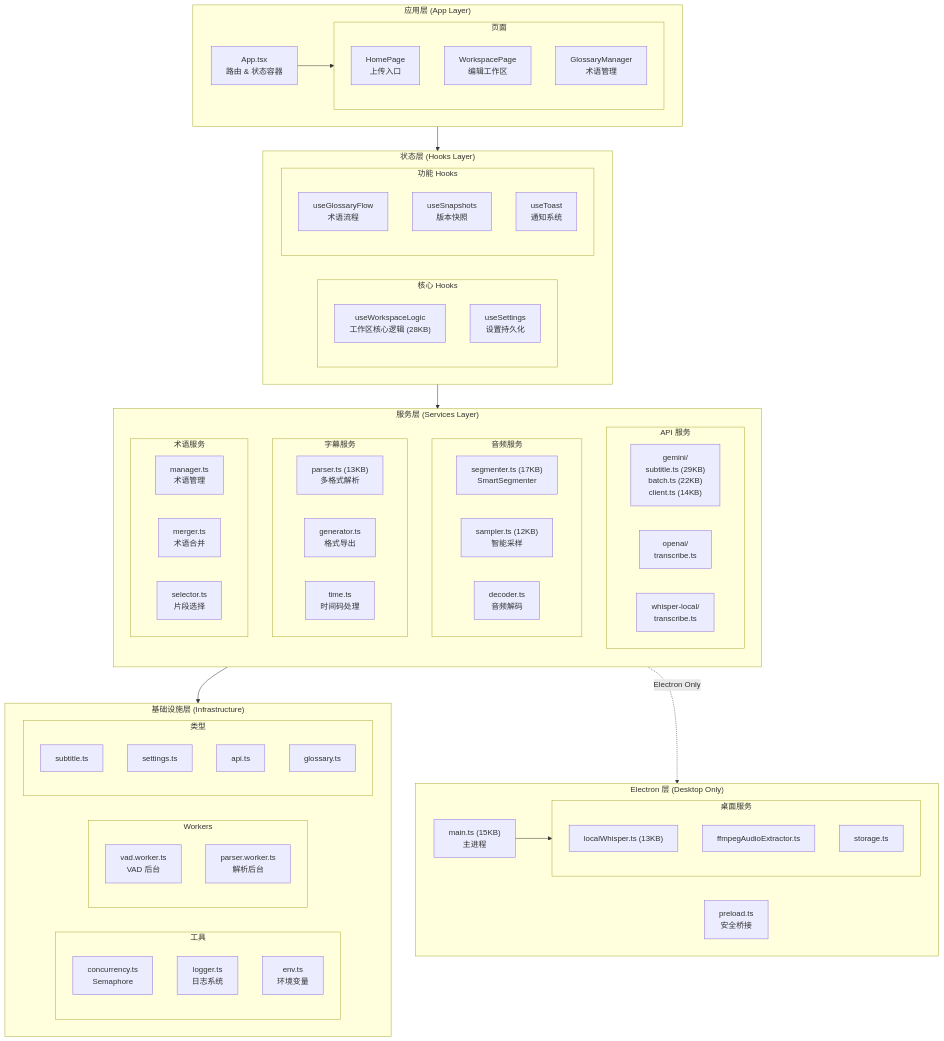
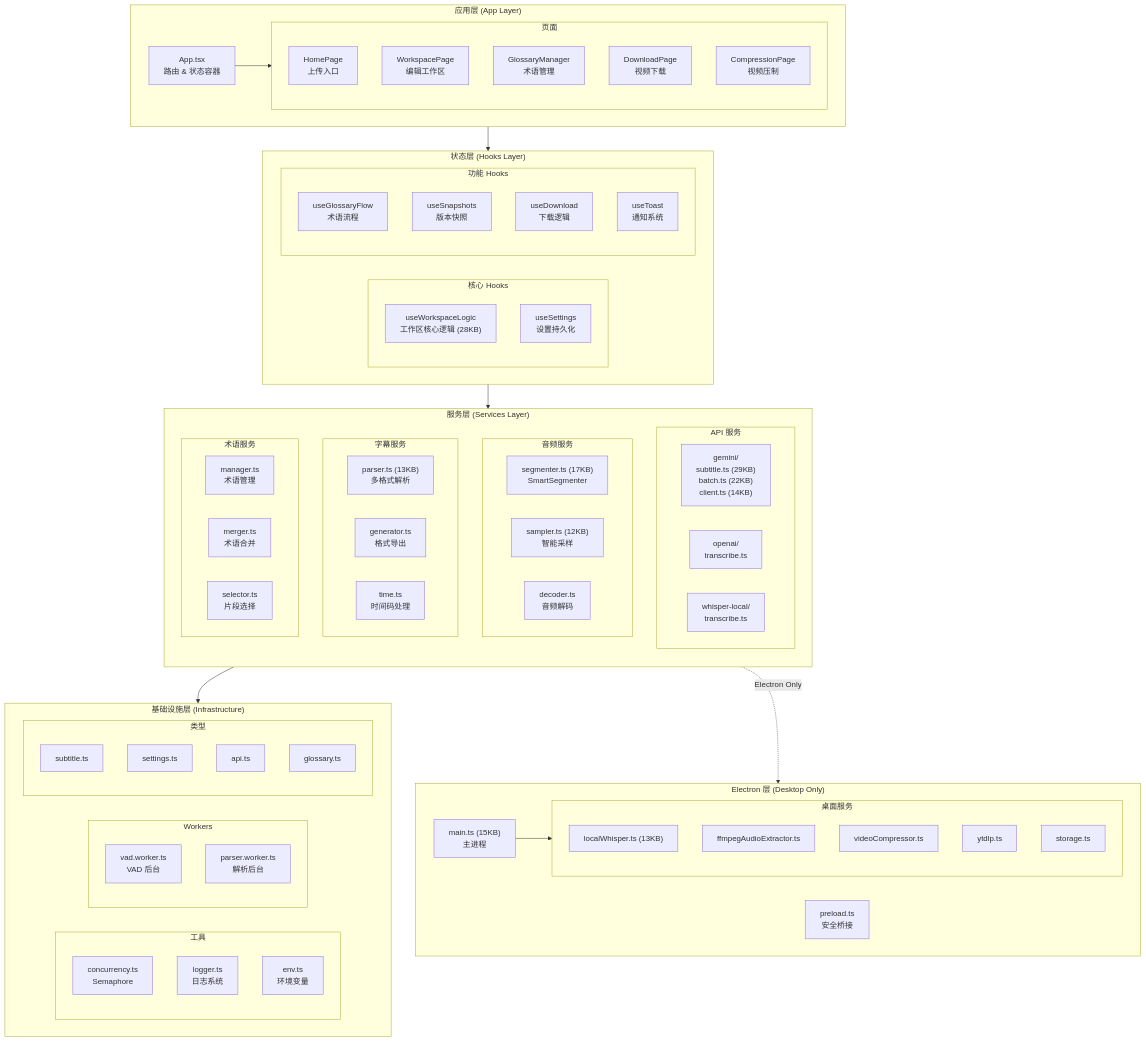
One commit to corvo007/Gemini-Subtitle-Pro changed the second of 13 diagrams in docs/ARCHITECTURE.md. Above: the diagram before and after it, drawn with Mermaid. The commit also changed other lines of this file and 40 other files, not shown here.

```diff
--- a/docs/ARCHITECTURE.md
+++ b/docs/ARCHITECTURE.md
@@ -109,6 +109,8 @@
             HOME["HomePage<br/>上传入口"]
             WORKSPACE["WorkspacePage<br/>编辑工作区"]
             GLOSSARY_PAGE["GlossaryManager<br/>术语管理"]
+            DOWNLOAD_PAGE["DownloadPage<br/>视频下载"]
+            COMPRESS_PAGE["CompressionPage<br/>视频压制"]
         end
         
         APP --> PAGES
@@ -125,6 +127,7 @@
         subgraph FEATURE_HOOKS["功能 Hooks"]
             USE_GLOSSARY["useGlossaryFlow<br/>术语流程"]
             USE_SNAPSHOTS["useSnapshots<br/>版本快照"]
+            USE_DOWNLOAD["useDownload<br/>下载逻辑"]
             USE_TOAST["useToast<br/>通知系统"]
         end
     end
@@ -191,6 +194,8 @@
         subgraph ELECTRON_SVC["桌面服务"]
             LOCAL_WHISPER_SVC["localWhisper.ts (13KB)"]
             FFMPEG_SVC["ffmpegAudioExtractor.ts"]
+            COMPRESSOR_SVC["videoCompressor.ts"]
+            YTDLP_SVC["ytdlp.ts"]
             STORAGE_SVC["storage.ts"]
         end
         
```
